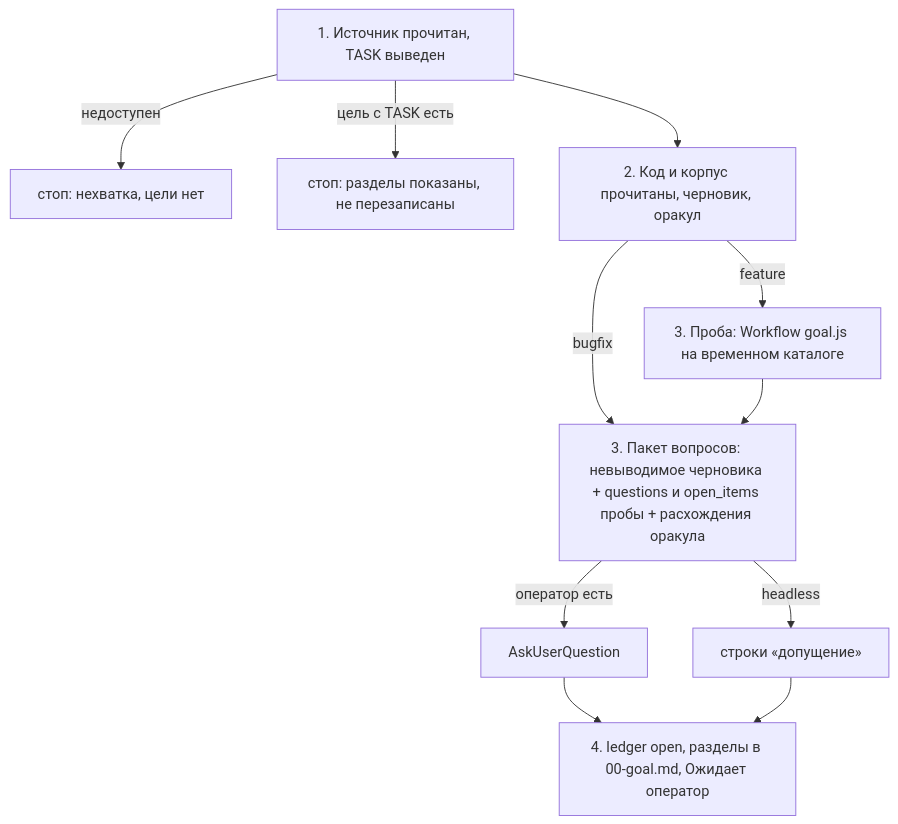
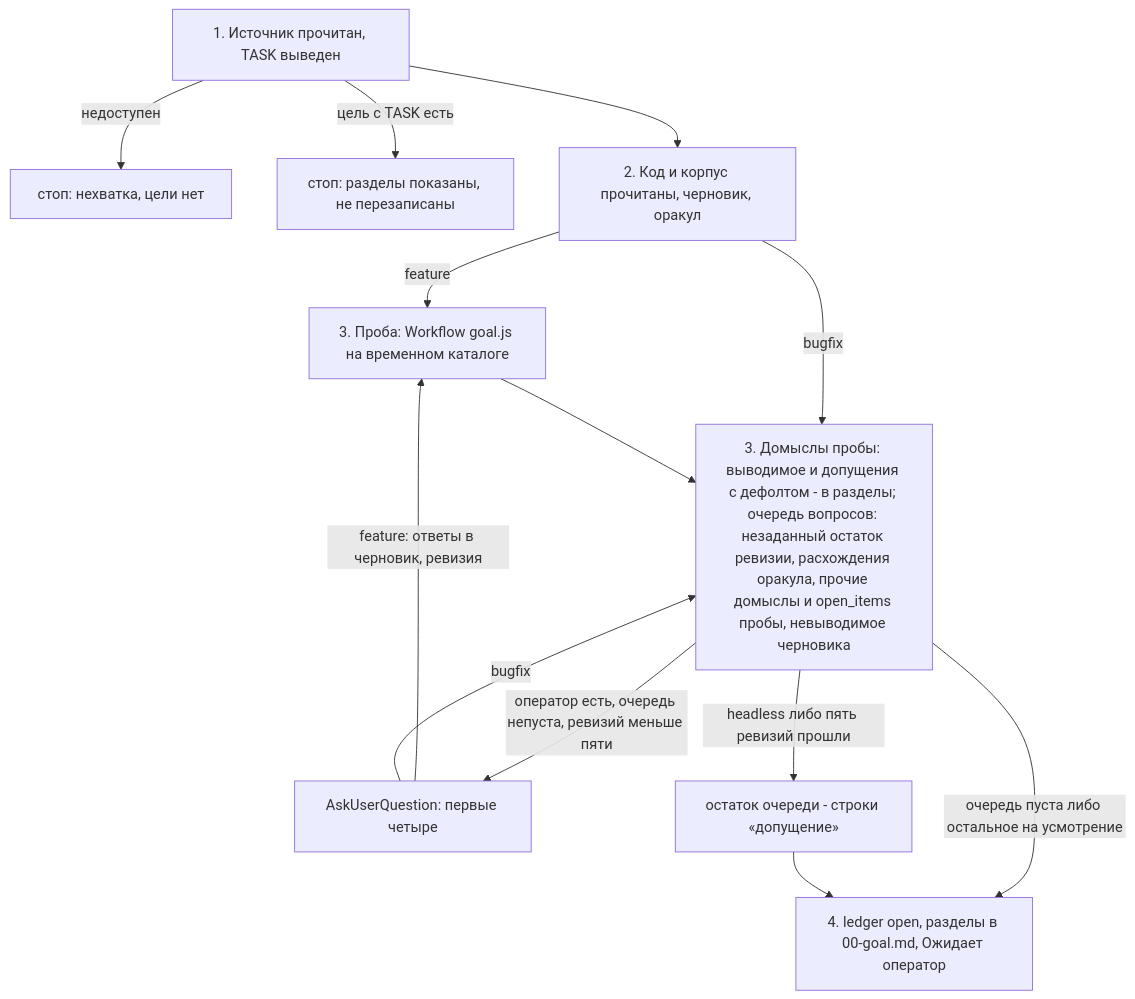
Before and after one commit to dex-it/claude-code-marketplace: the second of 2 diagrams in plugins/auto/docs/tracks/goal.md, drawn with Mermaid. The commit also changed other lines of this file and 110 other files, not shown here.

````diff
--- a/plugins/auto/docs/tracks/goal.md
+++ b/plugins/auto/docs/tracks/goal.md
@@ -71,13 +73,15 @@
 ```mermaid
 flowchart TB
   S1["1. Источник прочитан, TASK выведен"] -->|недоступен| X1["стоп: нехватка, цели нет"]
   S1 -->|цель с TASK есть| X2["стоп: разделы показаны, не перезаписаны"]
   S1 --> S2["2. Код и корпус прочитаны, черновик, оракул"]
   S2 -->|feature| P["3. Проба: Workflow goal.js на временном каталоге"]
   S2 -->|bugfix| S3
-  P --> S3["3. Пакет вопросов: невыводимое черновика + questions и open_items пробы + расхождения оракула"]
-  S3 -->|оператор есть| Q["AskUserQuestion"]
-  S3 -->|headless| D["строки «допущение»"]
-  Q --> S4["4. ledger open, разделы в 00-goal.md, Ожидает оператор"]
+  P --> S3["3. Домыслы пробы: выводимое и допущения с дефолтом - в разделы; очередь вопросов: незаданный остаток ревизии, расхождения оракула, прочие домыслы и open_items пробы, невыводимое черновика"]
+  S3 -->|оператор есть, очередь непуста, ревизий меньше пяти| Q["AskUserQuestion: первые четыре"]
+  Q -->|feature: ответы в черновик, ревизия| P
+  Q -->|bugfix| S3
+  S3 -->|headless либо пять ревизий прошли| D["остаток очереди - строки «допущение»"]
+  S3 -->|очередь пуста либо остальное на усмотрение| S4["4. ledger open, разделы в 00-goal.md, Ожидает оператор"]
   D --> S4
 ```
````
